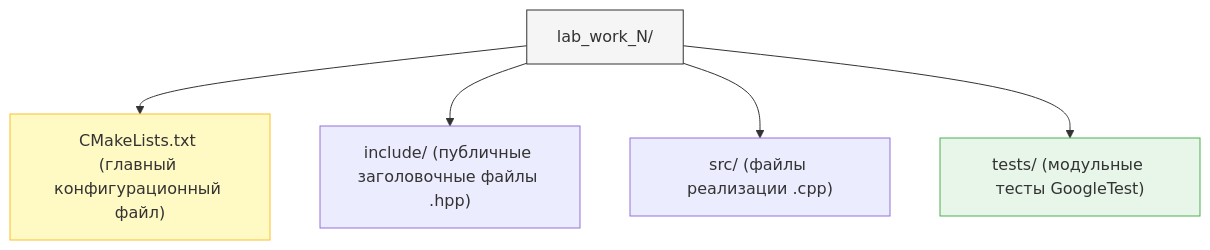
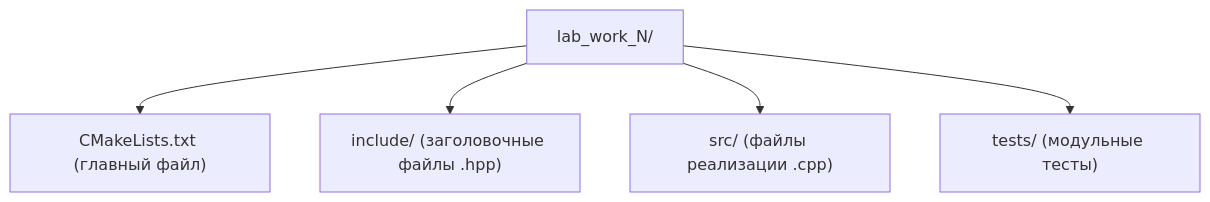
One commit to bprm60-del/ITMO_IS_lectory changed the fourth of 4 diagrams in ОсновыПлюсов/Основы C++ вводная лекция.md. Above: the diagram before and after it, drawn with Mermaid. The commit also changed other lines of this file and 4 other files, not shown here.

````diff
--- a/ОсновыПлюсов/Основы C++ вводная лекция.md
+++ b/ОсновыПлюсов/Основы C++ вводная лекция.md
@@ -233,12 +233,7 @@
 ```mermaid
 graph TD
-    Root["lab_work_N/"]
-    Root --> CM["CMakeLists.txt (главный конфигурационный файл)"]
-    Root --> Inc["include/ (публичные заголовочные файлы .hpp)"]
+    Root["lab_work_N/"] --> CM["CMakeLists.txt (главный файл)"]
+    Root --> Inc["include/ (заголовочные файлы .hpp)"]
     Root --> Src["src/ (файлы реализации .cpp)"]
-    Root --> Tests["tests/ (модульные тесты GoogleTest)"]
-    
-    style Root fill:#f5f5f5,stroke:#333
-    style CM fill:#fff9c4,stroke:#fbc02d
-    style Tests fill:#e8f5e9,stroke:#4caf50
+    Root --> Tests["tests/ (модульные тесты)"]
 ```
````
